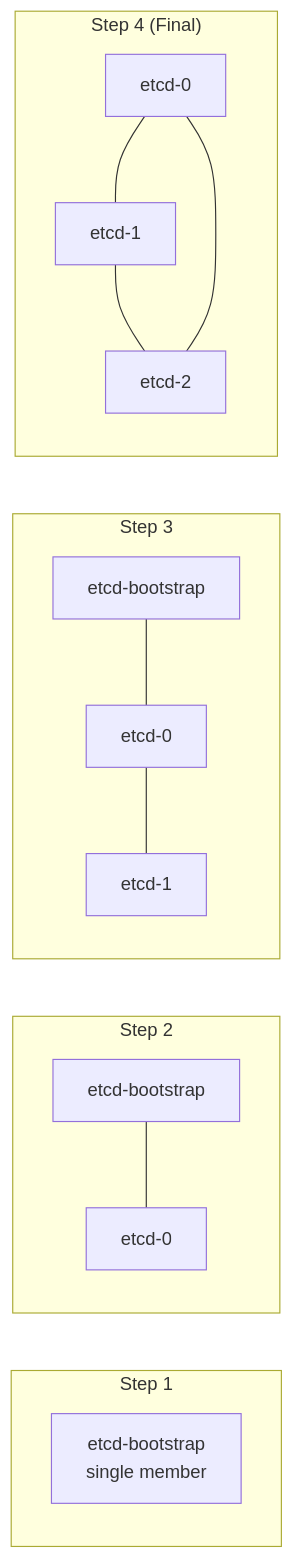
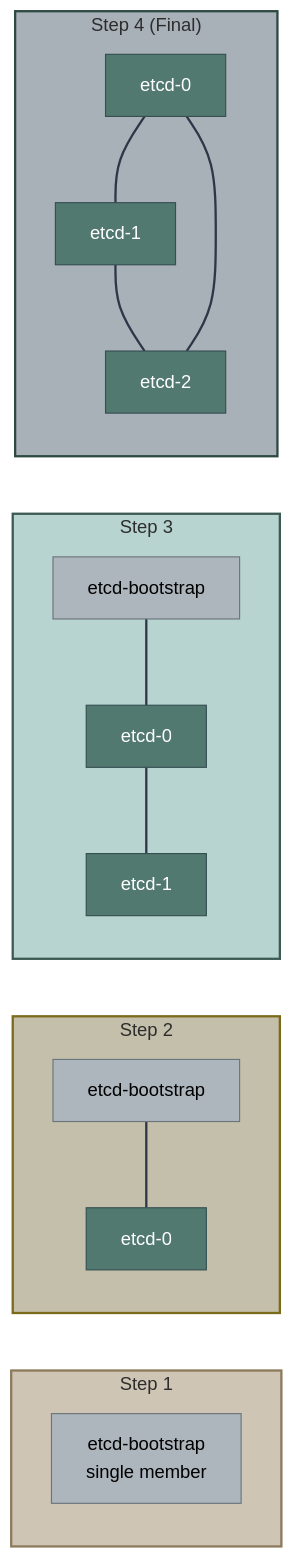
One commit to zszabo-rh/openshift-install-guide changed the third of 5 diagrams in 02-traditional-installers/bootstrap-process.md. Above: the diagram before and after it, drawn with Mermaid. The commit also changed other lines of this file and 16 other files, not shown here.

Commit message:
improved diagram style

````diff
--- a/02-traditional-installers/bootstrap-process.md
+++ b/02-traditional-installers/bootstrap-process.md
@@ -152,29 +176,46 @@
 ```mermaid
 graph LR
-    subgraph "Step 1"
+    subgraph step1["Step 1"]
         E_B1[etcd-bootstrap<br/>single member]
     end
     
-    subgraph "Step 2"
+    subgraph step2["Step 2"]
         E_B2[etcd-bootstrap]
         E_M1[etcd-0]
         E_B2 --- E_M1
     end
     
-    subgraph "Step 3"
+    subgraph step3["Step 3"]
         E_B3[etcd-bootstrap]
         E_M2[etcd-0]
         E_M3[etcd-1]
         E_B3 --- E_M2
         E_M2 --- E_M3
     end
     
-    subgraph "Step 4 (Final)"
+    subgraph step4["Step 4 (Final)"]
         E_M4[etcd-0]
         E_M5[etcd-1]
         E_M6[etcd-2]
         E_M4 --- E_M5
         E_M5 --- E_M6
         E_M6 --- E_M4
     end
+    
+    style E_B1 fill:#adb5bd,stroke:#6c757d,color:#000
+    style E_B2 fill:#adb5bd,stroke:#6c757d,color:#000
+    style E_B3 fill:#adb5bd,stroke:#6c757d,color:#000
+    style E_M1 fill:#52796f,stroke:#354f52,color:#fff
+    style E_M2 fill:#52796f,stroke:#354f52,color:#fff
+    style E_M3 fill:#52796f,stroke:#354f52,color:#fff
+    style E_M4 fill:#52796f,stroke:#354f52,color:#fff
+    style E_M5 fill:#52796f,stroke:#354f52,color:#fff
+    style E_M6 fill:#52796f,stroke:#354f52,color:#fff
+    
+    style step1 fill:#cfc5b5,stroke:#8d7a5a,stroke-width:2px,color:#2d2d2d
+    style step2 fill:#c4bfaa,stroke:#7a6a1a,stroke-width:2px,color:#2d2d2d
+    style step3 fill:#b8d4d0,stroke:#3d5a52,stroke-width:2px,color:#2d2d2d
+    style step4 fill:#a8b0b8,stroke:#2d4a42,stroke-width:2px,color:#2d2d2d
+    
+    linkStyle default stroke:#2d3748,stroke-width:2px
 ```
````
